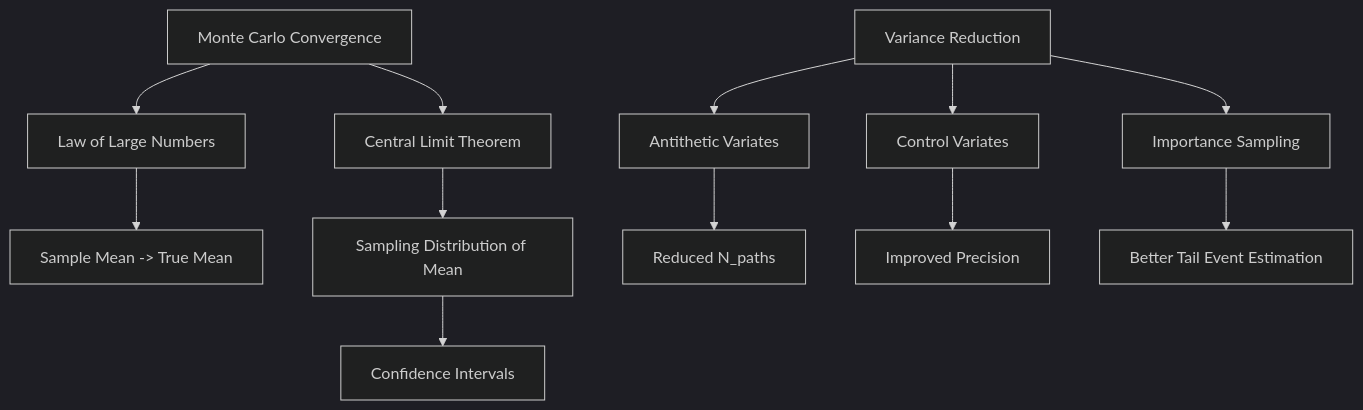
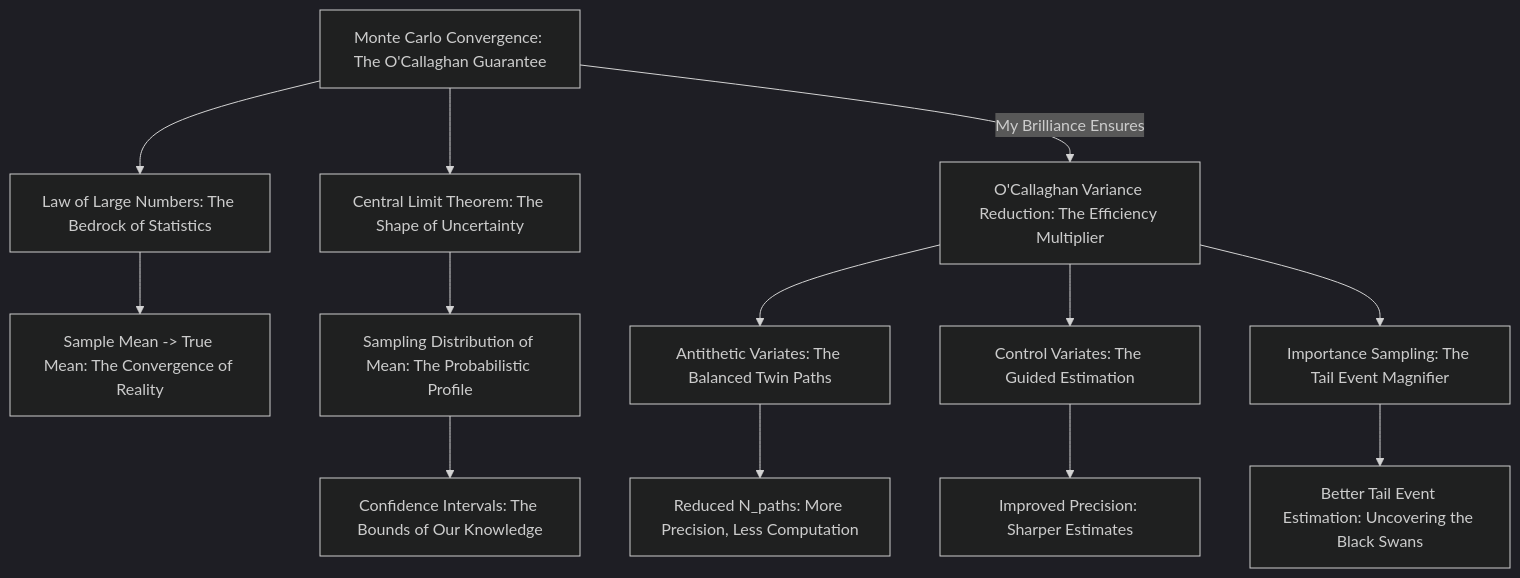
The sixth of 11 diagrams in inventions/004_ai_financial_plan_for_goals/math/stochastic_simulation_model.md (diplomat-bit/Citibank_Demo_Business_Inc_Demonstration-), drawn with Mermaid (dark theme) before and after one commit. The commit also changed other lines of this file, not shown here.

````diff
--- a/inventions/004_ai_financial_plan_for_goals/math/stochastic_simulation_model.md
+++ b/inventions/004_ai_financial_plan_for_goals/math/stochastic_simulation_model.md
@@ -283,14 +538,15 @@
 ```mermaid
 graph TD
-    A[Monte Carlo Convergence] --> B[Law of Large Numbers]
-    A --> C[Central Limit Theorem]
-    B --> B1[Sample Mean -> True Mean]
-    C --> C1[Sampling Distribution of Mean]
-    C1 --> C2[Confidence Intervals]
-    D[Variance Reduction] --> D1[Antithetic Variates]
-    D --> D2[Control Variates]
-    D --> D3[Importance Sampling]
-    D1 --> D1.1[Reduced N_paths]
-    D2 --> D2.1[Improved Precision]
-    D3 --> D3.1[Better Tail Event Estimation]
+    A[Monte Carlo Convergence: The O'Callaghan Guarantee] --> B[Law of Large Numbers: The Bedrock of Statistics]
+    A --> C[Central Limit Theorem: The Shape of Uncertainty]
+    B --> B1[Sample Mean -> True Mean: The Convergence of Reality]
+    C --> C1[Sampling Distribution of Mean: The Probabilistic Profile]
+    C1 --> C2[Confidence Intervals: The Bounds of Our Knowledge]
+    D[O'Callaghan Variance Reduction: The Efficiency Multiplier] --> D1[Antithetic Variates: The Balanced Twin Paths]
+    D --> D2[Control Variates: The Guided Estimation]
+    D --> D3[Importance Sampling: The Tail Event Magnifier]
+    D1 --> D1.1[Reduced N_paths: More Precision, Less Computation]
+    D2 --> D2.1[Improved Precision: Sharper Estimates]
+    D3 --> D3.1[Better Tail Event Estimation: Uncovering the Black Swans]
+    A -- My Brilliance Ensures --> D
 ```
````
